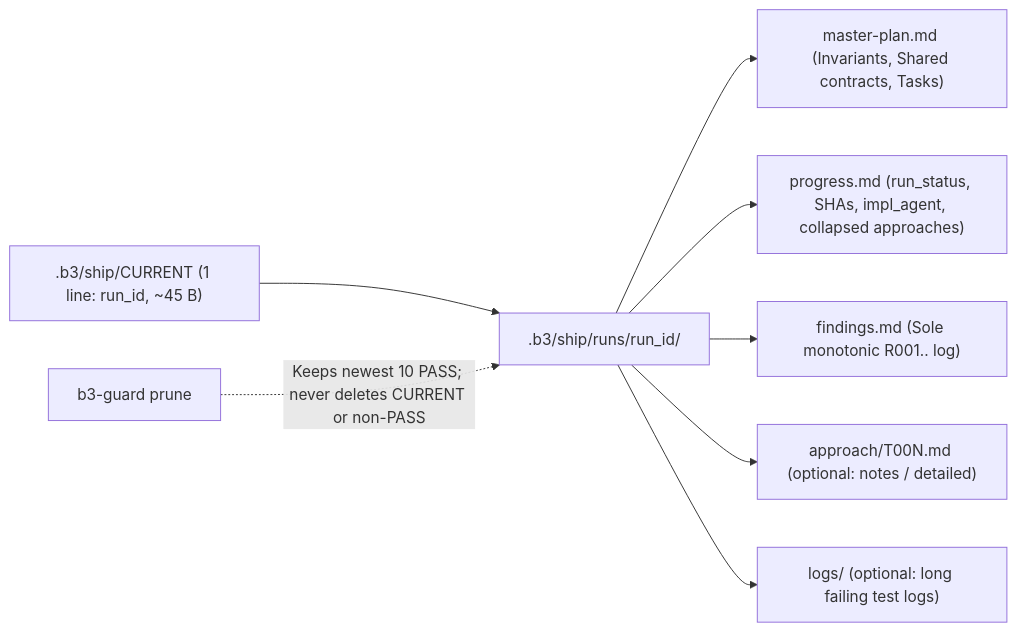
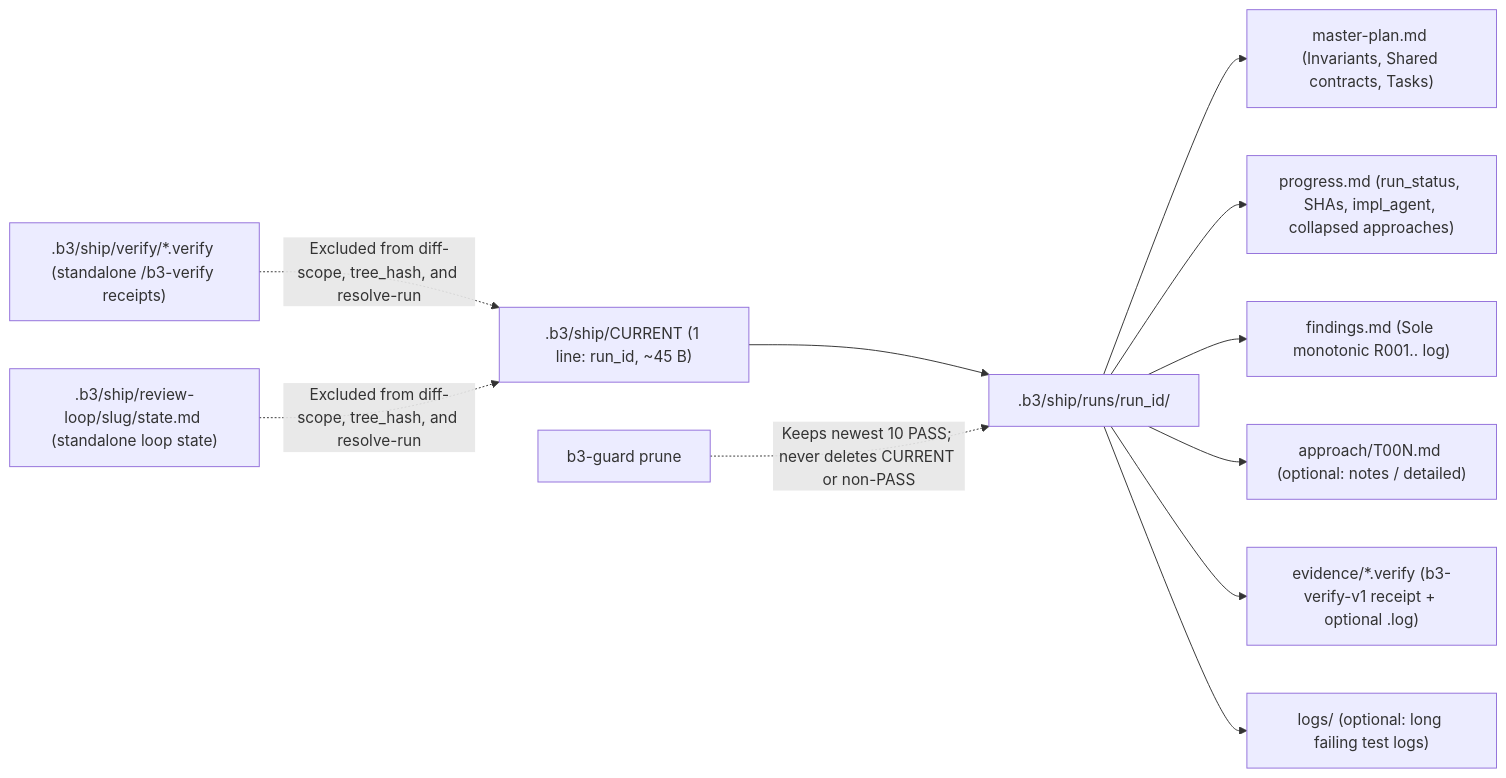
One commit to hptbee/b3_ai-engineering changed the fifth of 5 diagrams in docs/ship-and-review-guide.md. Above: the diagram before and after it, drawn with Mermaid. The commit also changed other lines of this file and 8 other files, not shown here.

````diff
--- a/docs/ship-and-review-guide.md
+++ b/docs/ship-and-review-guide.md
@@ -179,11 +179,14 @@
 ```mermaid
 flowchart LR
     Cur[".b3/ship/CURRENT (1 line: run_id, ~45 B)"] --> RunDir[".b3/ship/runs/run_id/"]
     RunDir --> MP["master-plan.md (Invariants, Shared contracts, Tasks)"]
     RunDir --> PR["progress.md (run_status, SHAs, impl_agent, collapsed approaches)"]
     RunDir --> FN["findings.md (Sole monotonic R001.. log)"]
     RunDir --> AP["approach/T00N.md (optional: notes / detailed)"]
+    RunDir --> EV["evidence/*.verify (b3-verify-v1 receipt + optional .log)"]
     RunDir --> LG["logs/ (optional: long failing test logs)"]
 
+    StandaloneVer[".b3/ship/verify/*.verify (standalone /b3-verify receipts)"] -.->|"Excluded from diff-scope, tree_hash, and resolve-run"| Cur
+    StandaloneRL[".b3/ship/review-loop/slug/state.md (standalone loop state)"] -.->|"Excluded from diff-scope, tree_hash, and resolve-run"| Cur
     Prune["b3-guard prune"] -.->|"Keeps newest 10 PASS; never deletes CURRENT or non-PASS"| RunDir
 ```
````
